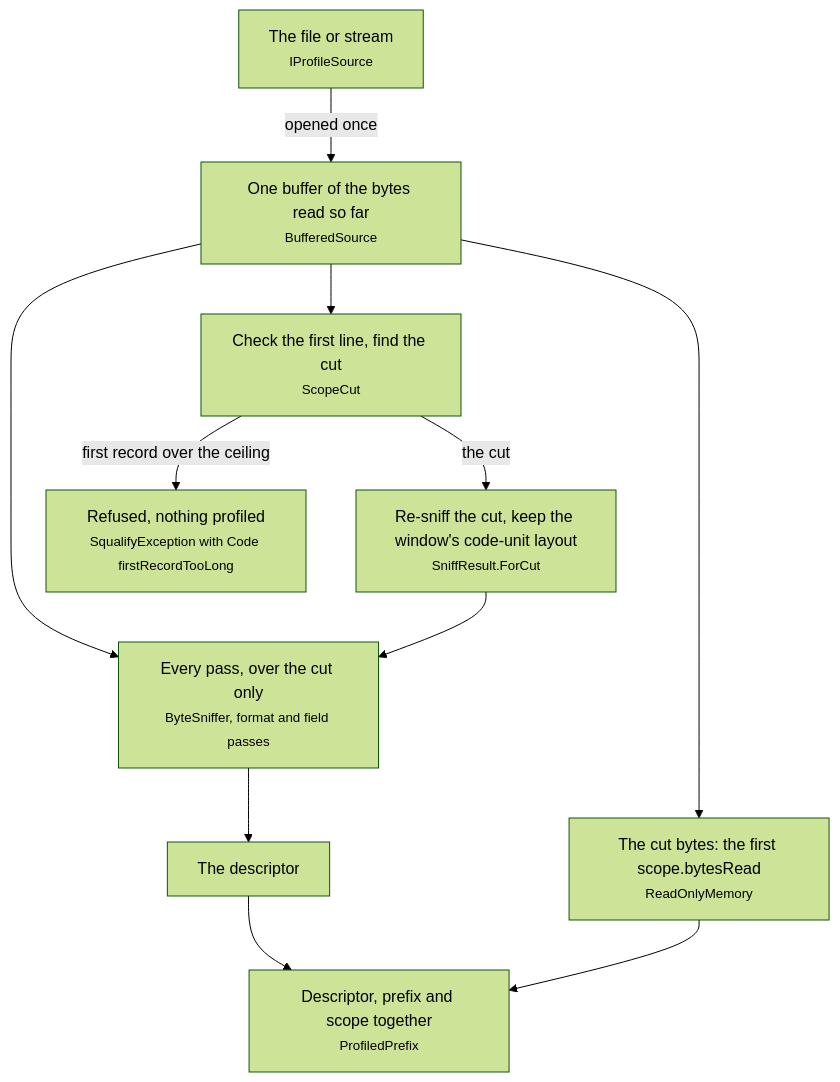
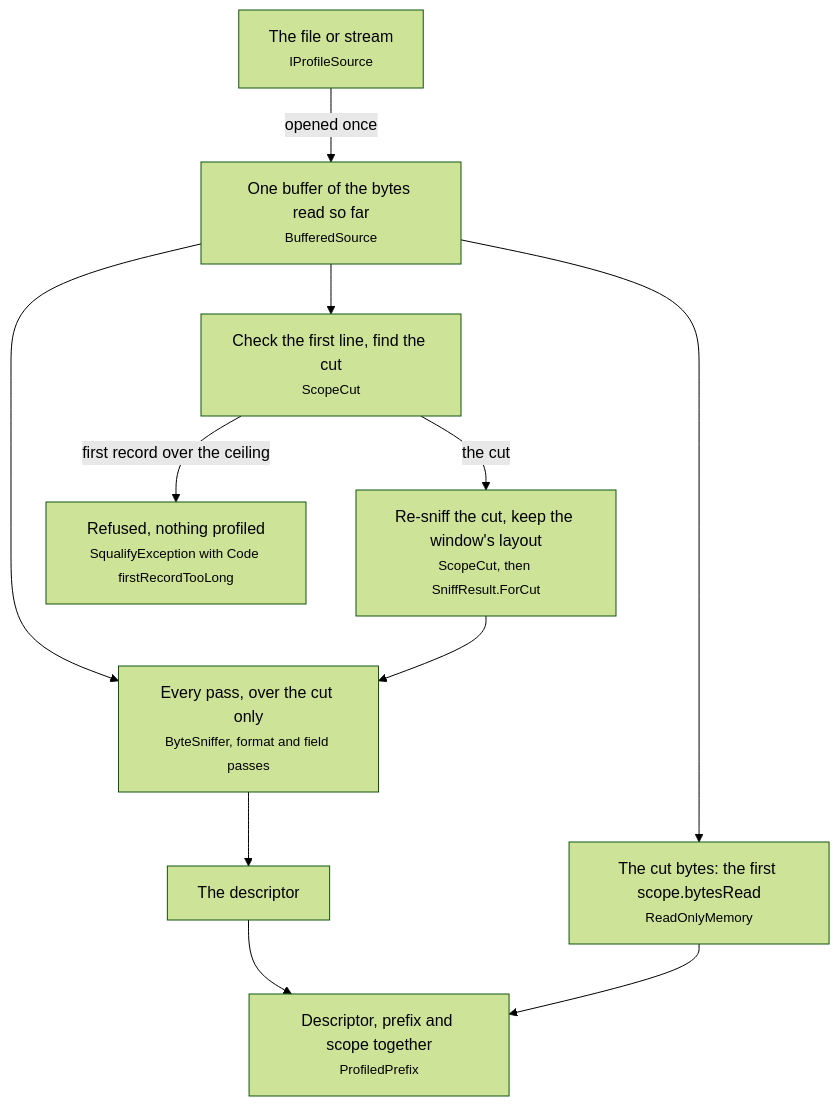
One commit to squalor-xyz/squalify changed the third of 33 diagrams in docs/how-it-works.md. Above: the diagram before and after it, drawn with Mermaid (forest theme). The commit also changed other lines of this file and 10 other files, not shown here.

````diff
--- a/docs/how-it-works.md
+++ b/docs/how-it-works.md
@@ -42,13 +42,13 @@
 ```mermaid
 flowchart TD
     S["The file or stream<br/><small>IProfileSource</small>"] -->|"opened once"| B["One buffer of the bytes read so far<br/><small>BufferedSource</small>"]
     B --> C["Check the first line, find the cut<br/><small>ScopeCut</small>"]
     B --> P["Every pass, over the cut only<br/><small>ByteSniffer, format and field passes</small>"]
-    C -->|"the cut"| K["Re-sniff the cut, keep the window's code-unit layout<br/><small>SniffResult.ForCut</small>"]
+    C -->|"the cut"| K["Re-sniff the cut, keep the window's layout<br/><small>ScopeCut, then SniffResult.ForCut</small>"]
     K --> P
     C -->|"first record over the ceiling"| E["Refused, nothing profiled<br/><small>SqualifyException with Code firstRecordTooLong</small>"]
     P --> D["The descriptor"]
     B --> X["The cut bytes: the first scope.bytesRead<br/><small>ReadOnlyMemory</small>"]
     D --> R["Descriptor, prefix and scope together<br/><small>ProfiledPrefix</small>"]
     X --> R
 ```
````
